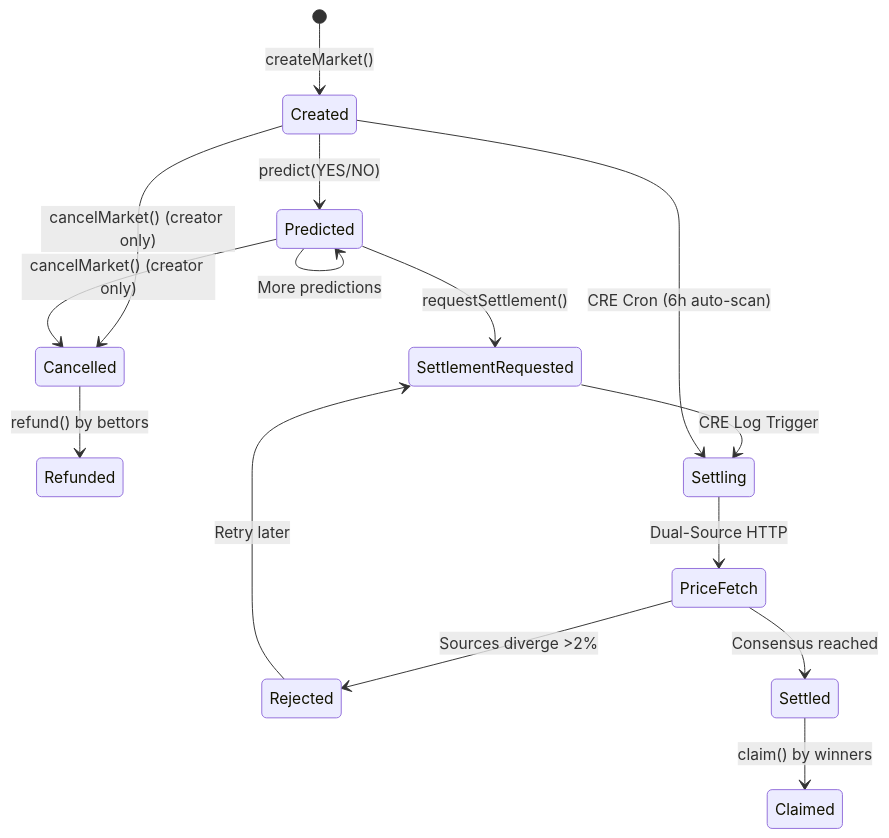
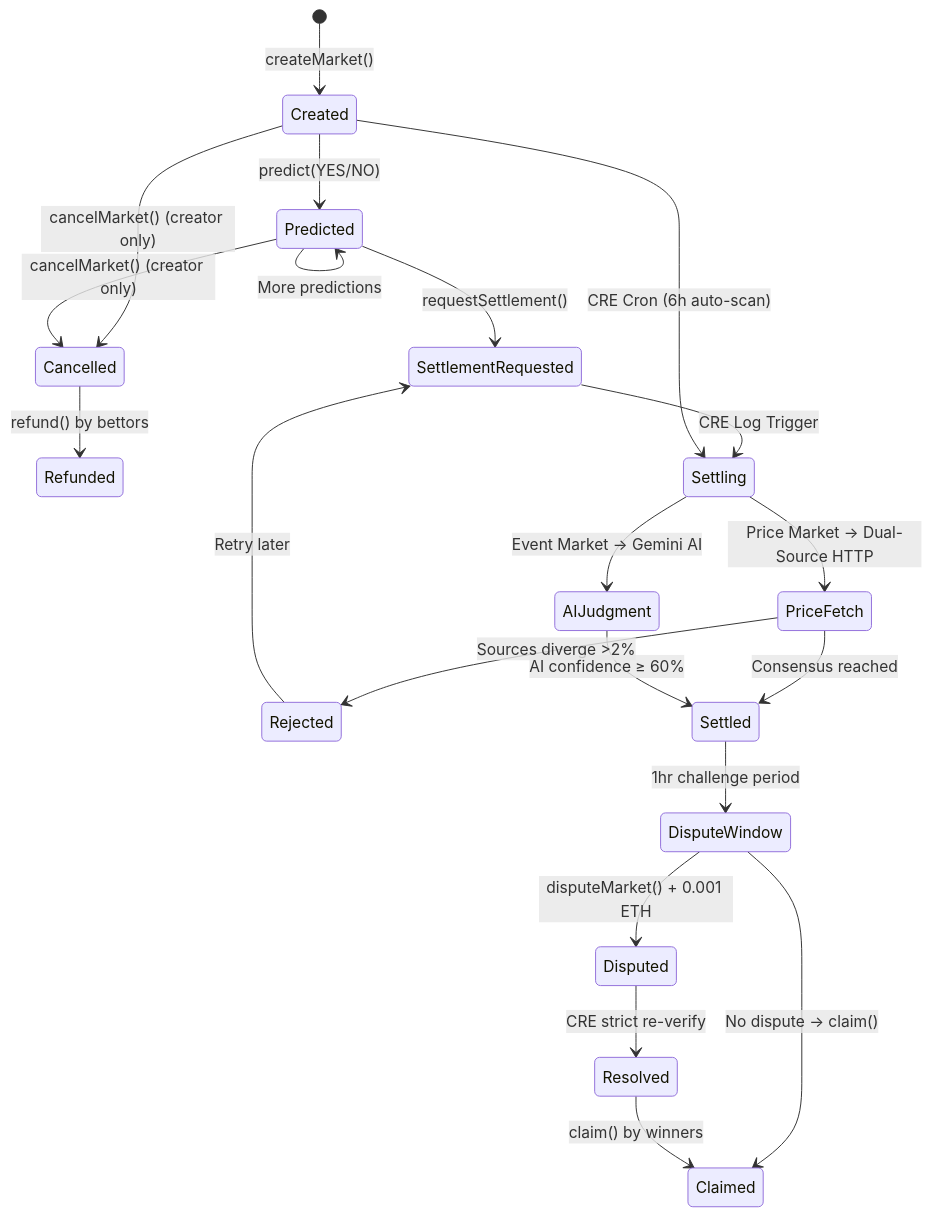
One commit to YuxiangJiangCT/oracle-settler changed the second of 2 diagrams in README.md. Above: the diagram before and after it, drawn with Mermaid. The commit also changed other lines of this file and 1 other file, not shown here.

Commit message:
docs: Update README + demo script for event markets, dispute arbitration, 62 tests

````diff
--- a/README.md
+++ b/README.md
@@ -61,17 +75,23 @@
 ```mermaid
 stateDiagram-v2
     [*] --> Created: createMarket()
     Created --> Predicted: predict(YES/NO)
     Predicted --> Predicted: More predictions
     Created --> Cancelled: cancelMarket() (creator only)
     Predicted --> Cancelled: cancelMarket() (creator only)
     Cancelled --> Refunded: refund() by bettors
     Predicted --> SettlementRequested: requestSettlement()
     SettlementRequested --> Settling: CRE Log Trigger
     Created --> Settling: CRE Cron (6h auto-scan)
-    Settling --> PriceFetch: Dual-Source HTTP
+    Settling --> PriceFetch: Price Market → Dual-Source HTTP
+    Settling --> AIJudgment: Event Market → Gemini AI
     PriceFetch --> Rejected: Sources diverge >2%
     PriceFetch --> Settled: Consensus reached
-    Settled --> Claimed: claim() by winners
+    AIJudgment --> Settled: AI confidence ≥ 60%
+    Settled --> DisputeWindow: 1hr challenge period
+    DisputeWindow --> Claimed: No dispute → claim()
+    DisputeWindow --> Disputed: disputeMarket() + 0.001 ETH
+    Disputed --> Resolved: CRE strict re-verify
+    Resolved --> Claimed: claim() by winners
     Rejected --> SettlementRequested: Retry later
 ```
````
